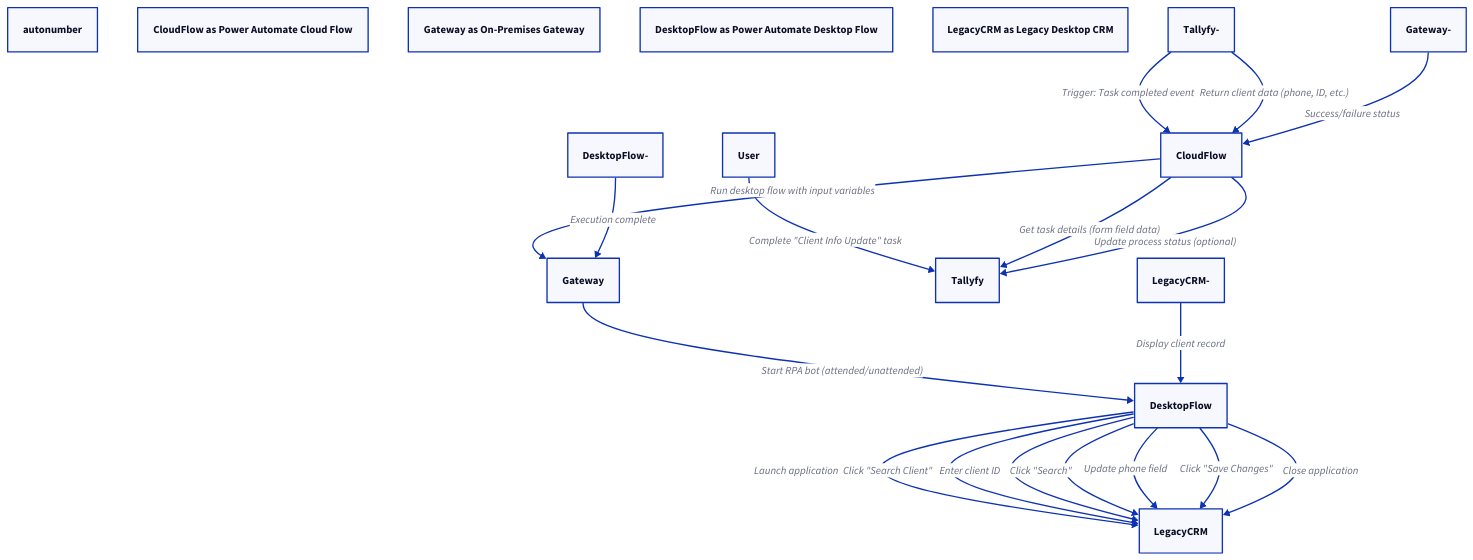
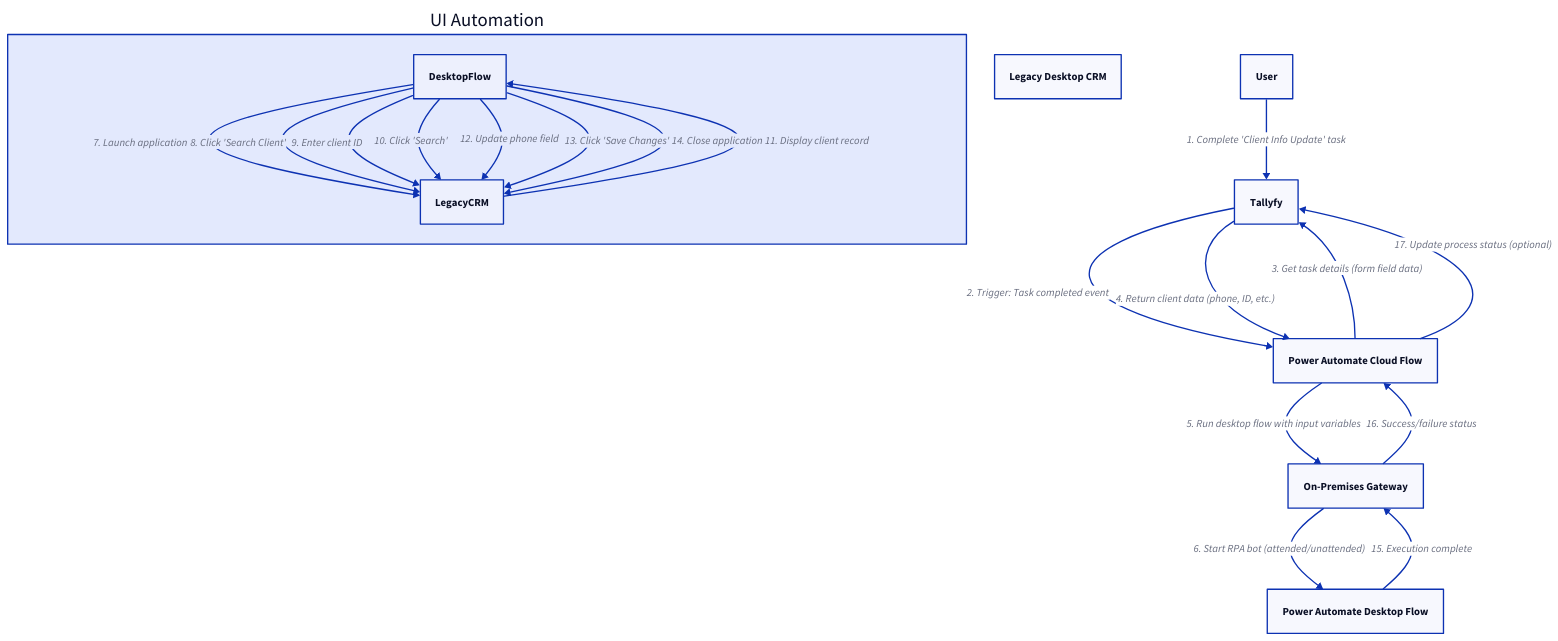
Before and after one commit to tallyfy/documentation: the diagram in src/content/docs/pro/integrations/middleware/power-automate/introduction-to-rpa-with-power-automate.mdx, drawn with D2. The commit also changed 26 other files, not shown here.

````diff
--- a/src/content/docs/pro/integrations/middleware/power-automate/introduction-to-rpa-with-power-automate.mdx
+++ b/src/content/docs/pro/integrations/middleware/power-automate/introduction-to-rpa-with-power-automate.mdx
@@ -66,36 +66,34 @@
 ```d2
-CloudFlow: "CloudFlow"
-DesktopFlow: "DesktopFlow"
-Gateway: "Gateway"
-LegacyCRM: "LegacyCRM"
+User: "User"
 Tallyfy: "Tallyfy"
-User: "User"
-autonumber
-User
-Tallyfy
-CloudFlow as Power Automate Cloud Flow
-Gateway as On-Premises Gateway
-DesktopFlow as Power Automate Desktop Flow
-LegacyCRM as Legacy Desktop CRM
-# Note over User,LegacyCRM: RPA Integration Pattern: Bridging Tallyfy with Legacy Systems
-User -> Tallyfy: Complete "Client Info Update" task
-Tallyfy- -> CloudFlow: Trigger: Task completed event
-CloudFlow -> Tallyfy: Get task details (form field data)
-Tallyfy- -> CloudFlow: Return client data (phone, ID, etc.)
-CloudFlow -> Gateway: Run desktop flow with input variables
-Gateway -> DesktopFlow: Start RPA bot (attended/unattended)
-# Note over DesktopFlow,LegacyCRM: UI Automation Sequence
-DesktopFlow -> LegacyCRM: Launch application
-DesktopFlow -> LegacyCRM: Click "Search Client"
-DesktopFlow -> LegacyCRM: Enter client ID
-DesktopFlow -> LegacyCRM: Click "Search"
-LegacyCRM- -> DesktopFlow: Display client record
-DesktopFlow -> LegacyCRM: Update phone field
-DesktopFlow -> LegacyCRM: Click "Save Changes"
-DesktopFlow -> LegacyCRM: Close application
-DesktopFlow- -> Gateway: Execution complete
-Gateway- -> CloudFlow: Success/failure status
-# opt: Update Tallyfy
-CloudFlow -> Tallyfy: Update process status (optional)
-# end block
+CloudFlow: "Power Automate Cloud Flow"
+Gateway: "On-Premises Gateway"
+DesktopFlow: "Power Automate Desktop Flow"
+LegacyCRM: "Legacy Desktop CRM"
+
+# RPA Integration Pattern: Bridging Tallyfy with Legacy Systems
+User -> Tallyfy: "1. Complete 'Client Info Update' task"
+Tallyfy -> CloudFlow: "2. Trigger: Task completed event"
+CloudFlow -> Tallyfy: "3. Get task details (form field data)"
+Tallyfy -> CloudFlow: "4. Return client data (phone, ID, etc.)"
+CloudFlow -> Gateway: "5. Run desktop flow with input variables"
+Gateway -> DesktopFlow: "6. Start RPA bot (attended/unattended)"
+
+# UI Automation Sequence
+UIAutomation: "UI Automation" {
+  DesktopFlow -> LegacyCRM: "7. Launch application"
+  DesktopFlow -> LegacyCRM: "8. Click 'Search Client'"
+  DesktopFlow -> LegacyCRM: "9. Enter client ID"
+  DesktopFlow -> LegacyCRM: "10. Click 'Search'"
+  LegacyCRM -> DesktopFlow: "11. Display client record"
+  DesktopFlow -> LegacyCRM: "12. Update phone field"
+  DesktopFlow -> LegacyCRM: "13. Click 'Save Changes'"
+  DesktopFlow -> LegacyCRM: "14. Close application"
+}
+
+DesktopFlow -> Gateway: "15. Execution complete"
+Gateway -> CloudFlow: "16. Success/failure status"
+
+# Optional: Update Tallyfy
+CloudFlow -> Tallyfy: "17. Update process status (optional)"
 ```
````
